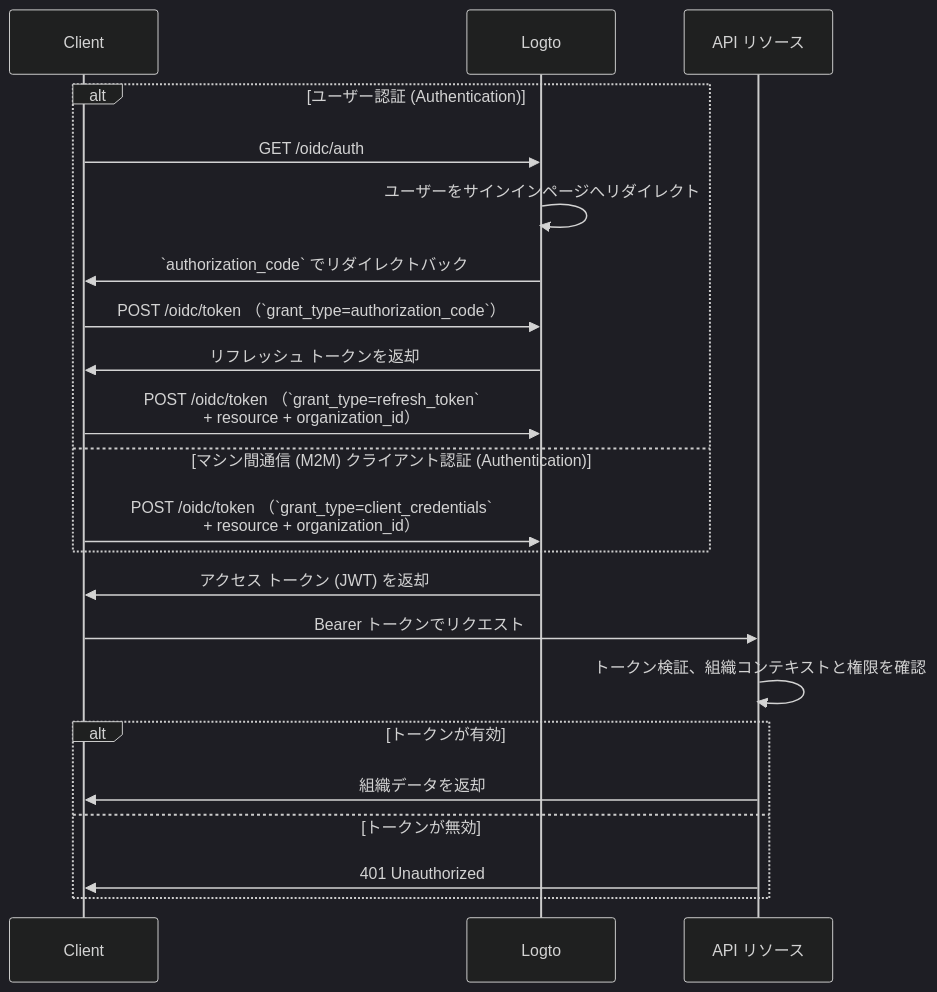
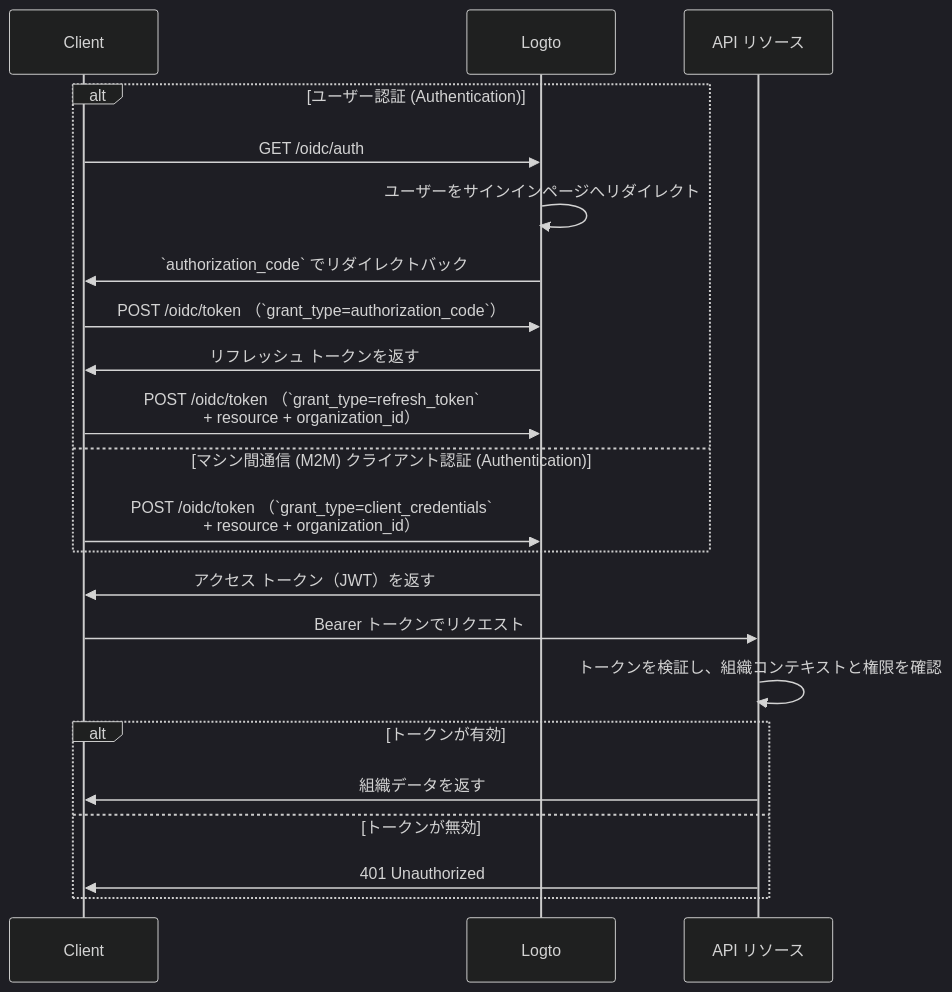
Before and after one commit to logto-io/docs: the diagram in i18n/ja/docusaurus-plugin-content-docs/current/authorization/organization-level-api-resources.mdx, drawn with Mermaid (dark theme). The commit also changed other lines of this file and 36 other files, not shown here.

````diff
--- a/i18n/ja/docusaurus-plugin-content-docs/current/authorization/organization-level-api-resources.mdx
+++ b/i18n/ja/docusaurus-plugin-content-docs/current/authorization/organization-level-api-resources.mdx
@@ -65,27 +66,27 @@
 ```mermaid
 sequenceDiagram
     participant Client
     participant Logto
     participant API as API リソース
 
     alt ユーザー認証 (Authentication)
         Client->>Logto: GET /oidc/auth
         Logto->>Logto: ユーザーをサインインページへリダイレクト
         Logto->>Client: `authorization_code` でリダイレクトバック
         Client->>Logto: POST /oidc/token （`grant_type=authorization_code`）
-        Logto->>Client: リフレッシュ トークンを返却
+        Logto->>Client: リフレッシュ トークンを返す
         Client->>Logto: POST /oidc/token （`grant_type=refresh_token`<br/>+ resource + organization_id）
     else マシン間通信 (M2M) クライアント認証 (Authentication)
         Client->>Logto: POST /oidc/token （`grant_type=client_credentials`<br/>+ resource + organization_id）
     end
 
-    Logto->>Client: アクセス トークン (JWT) を返却
+    Logto->>Client: アクセス トークン（JWT）を返す
     Client->>API: Bearer トークンでリクエスト
-    API->>API: トークン検証、組織コンテキストと権限を確認
+    API->>API: トークンを検証し、組織コンテキストと権限を確認
 
     alt トークンが有効
-      API->>Client: 組織データを返却
+      API->>Client: 組織データを返す
     else トークンが無効
       API->>Client: 401 Unauthorized
     end
 ```
````
